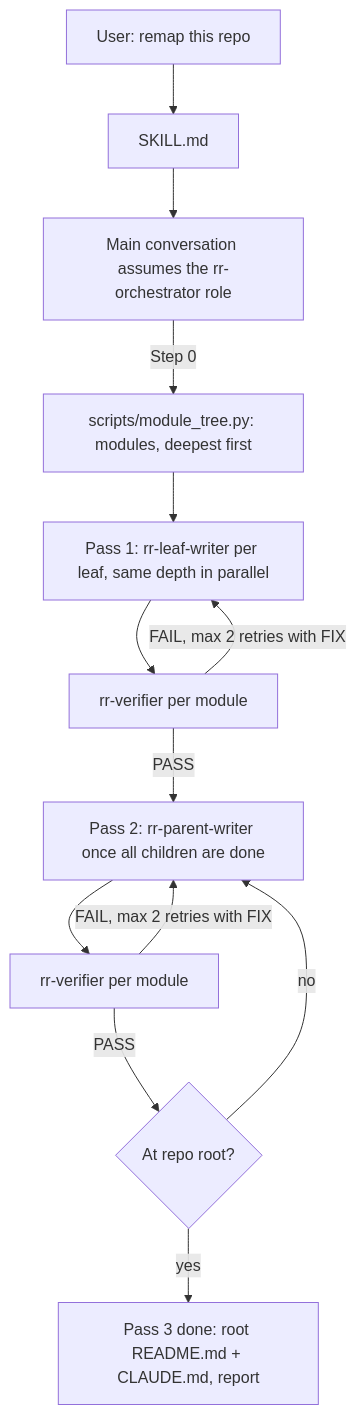
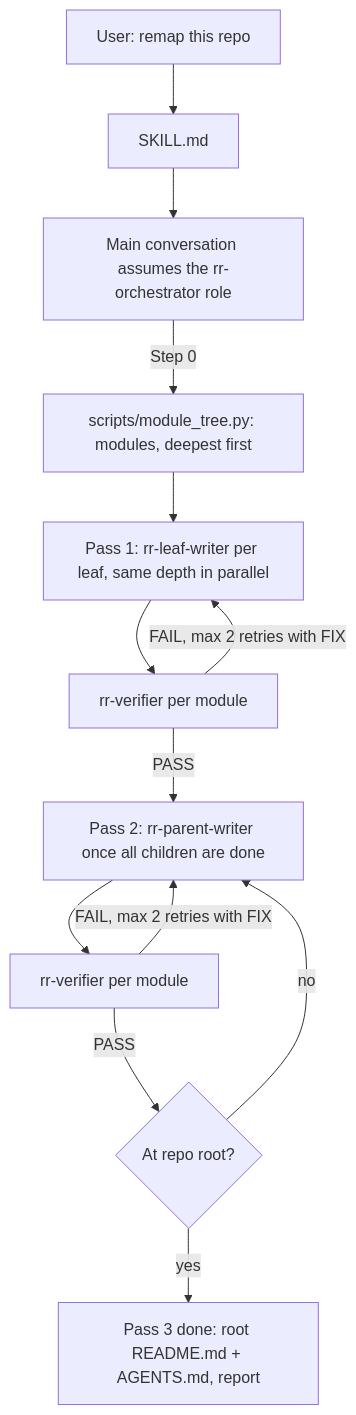
The diagram in README.md (NikolasMarkou/repo-remap), drawn with Mermaid before and after one commit. The commit also changed other lines of this file and 23 other files, not shown here.

Commit message:
[skill] Rename CLAUDE.md to AGENTS.md with legacy migration shim, release 1.2.0

````diff
--- a/README.md
+++ b/README.md
@@ -229,15 +229,15 @@
 ```mermaid
 flowchart TD
     U[User: remap this repo] --> S[SKILL.md]
     S --> O[Main conversation assumes the rr-orchestrator role]
     O -->|Step 0| M[scripts/module_tree.py: modules, deepest first]
     M --> L[Pass 1: rr-leaf-writer per leaf, same depth in parallel]
     L --> V1[rr-verifier per module]
     V1 -- FAIL, max 2 retries with FIX --> L
     V1 -- PASS --> P[Pass 2: rr-parent-writer once all children are done]
     P --> V2[rr-verifier per module]
     V2 -- FAIL, max 2 retries with FIX --> P
     V2 -- PASS --> E{At repo root?}
     E -- no --> P
-    E -- yes --> F[Pass 3 done: root README.md + CLAUDE.md, report]
+    E -- yes --> F[Pass 3 done: root README.md + AGENTS.md, report]
 ```
````
